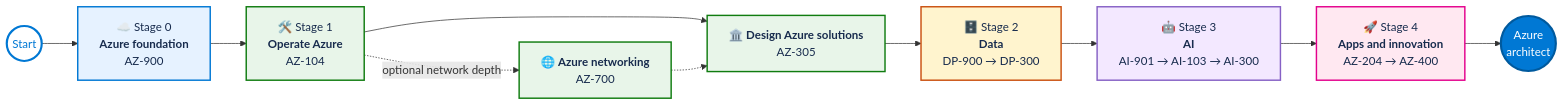
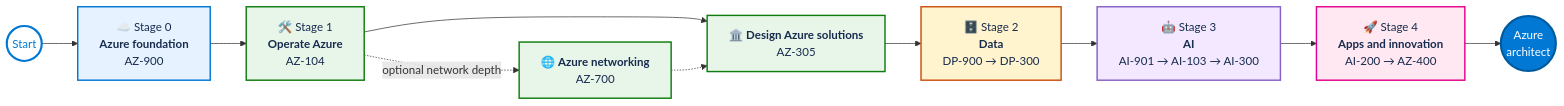
Before and after one commit to StormyDevil/azure-novice-to-expert: the diagram in README.md, drawn with Mermaid. The commit also changed other lines of this file and 4 other files, not shown here.

Commit message:
Update Azure credential roadmap

````diff
--- a/README.md
+++ b/README.md
@@ -68,30 +68,30 @@
 ```mermaid
 flowchart LR
     START(("Start")) --> F["☁️ Stage 0<br/><b>Azure foundation</b><br/>AZ-900"]
 
     F --> I1["🛠️ Stage 1<br/><b>Operate Azure</b><br/>AZ-104"]
     I1 -. "optional network depth" .-> I2["🌐 <b>Azure networking</b><br/>AZ-700"]
     I1 --> I3["🏛️ <b>Design Azure solutions</b><br/>AZ-305"]
     I2 -.-> I3
 
     I3 --> D["🗄️ Stage 2<br/><b>Data</b><br/>DP-900 → DP-300"]
     D --> A["🤖 Stage 3<br/><b>AI</b><br/>AI-901 → AI-103 → AI-300"]
-    A --> APP["🚀 Stage 4<br/><b>Apps and innovation</b><br/>AZ-204 → AZ-400"]
+    A --> APP["🚀 Stage 4<br/><b>Apps and innovation</b><br/>AI-200 → AZ-400"]
     APP --> OUT(("Azure<br/>architect"))
 
     classDef start fill:#ffffff,stroke:#0078d4,stroke-width:3px,color:#0078d4;
     classDef foundation fill:#e6f2ff,stroke:#0078d4,stroke-width:2px,color:#172b4d;
     classDef infrastructure fill:#e8f5e9,stroke:#107c10,stroke-width:2px,color:#172b4d;
     classDef data fill:#fff4ce,stroke:#ca5010,stroke-width:2px,color:#172b4d;
     classDef ai fill:#f3e8ff,stroke:#8661c5,stroke-width:2px,color:#172b4d;
     classDef apps fill:#ffe8f1,stroke:#e3008c,stroke-width:2px,color:#172b4d;
     classDef outcome fill:#0078d4,stroke:#005a9e,stroke-width:3px,color:#ffffff;
 
     class START start;
     class F foundation;
     class I1,I2,I3 infrastructure;
     class D data;
     class A ai;
     class APP apps;
     class OUT outcome;
 ```
````
